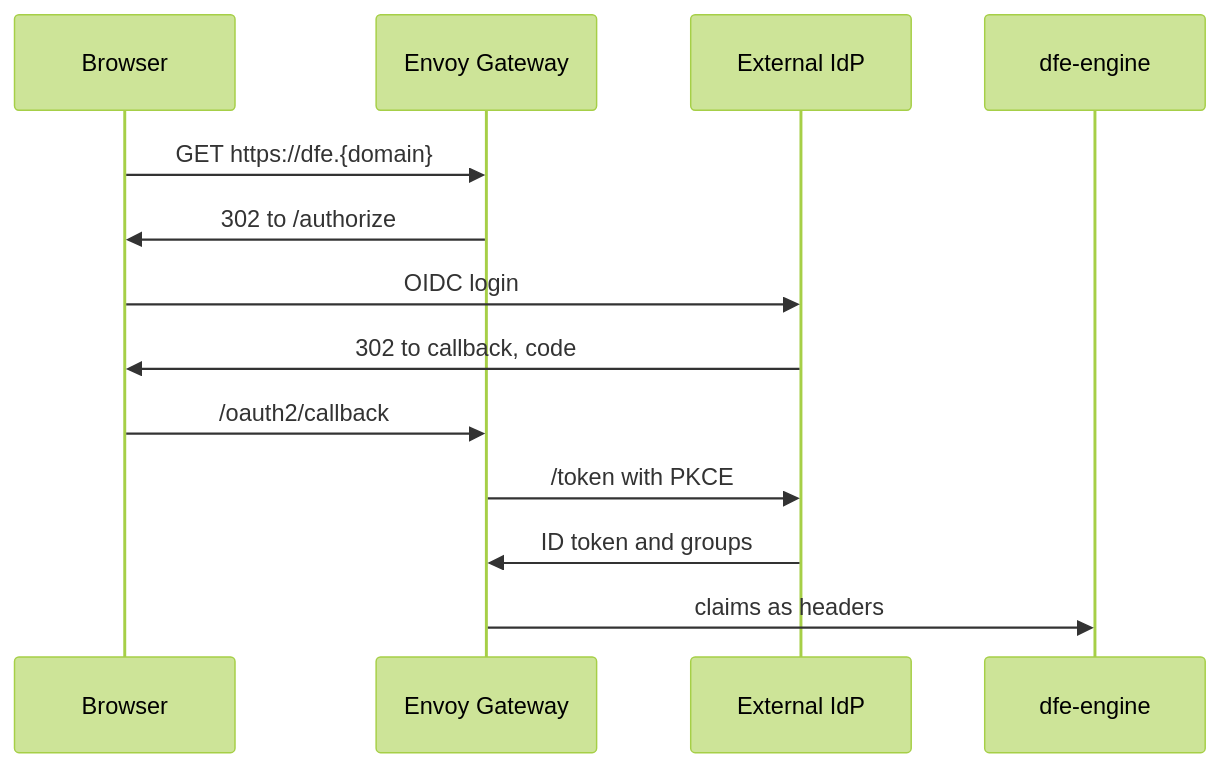
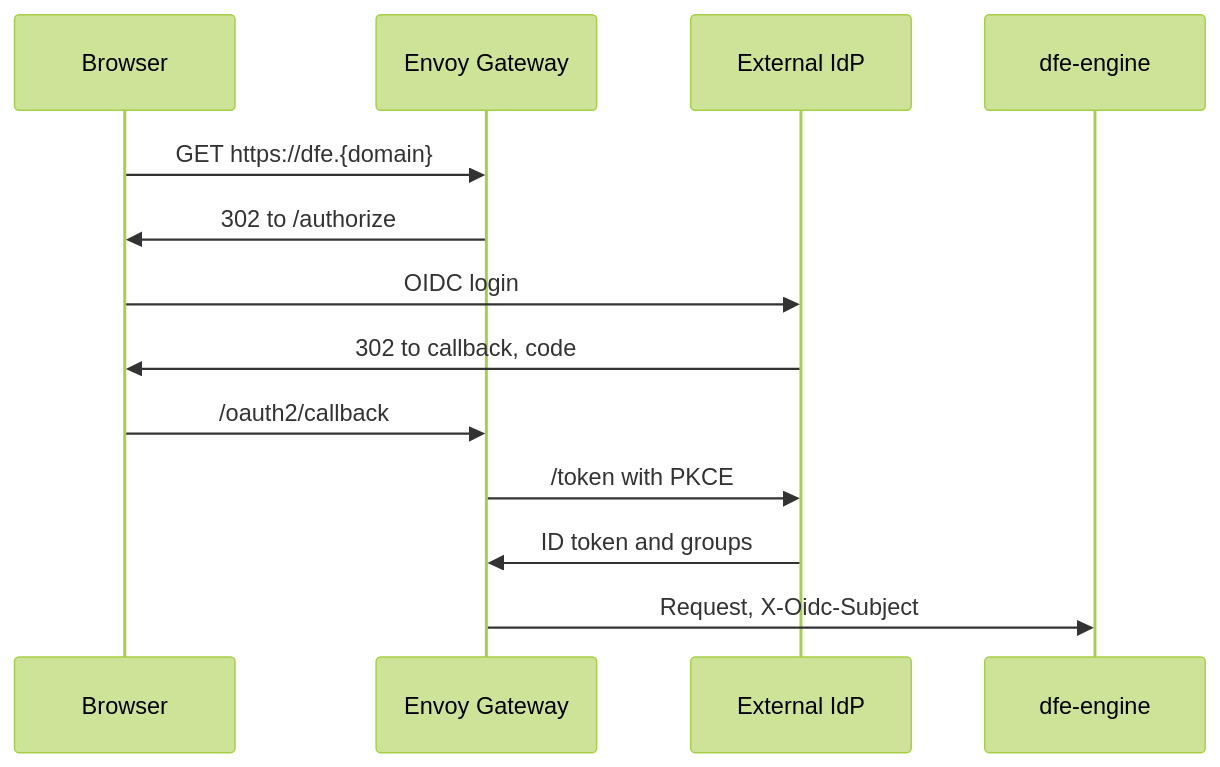
Before and after one commit to hyperi-io/dfe-infra: the second of 2 diagrams in docs/edge-auth.md, drawn with Mermaid (forest theme). The commit also changed other lines of this file, not shown here.

Commit message:
docs(edge-auth): show what federated login forwards
Envoy checks the groups claim at the edge. It forwards X-Oidc-Subject alone because claimToHeaders cannot take array claims. jwtAuthn is off by default. Figure 2 and the paragraph under it said the groups reached dfe-engine.

````diff
--- a/docs/edge-auth.md
+++ b/docs/edge-auth.md
@@ -79,17 +79,17 @@
 ```mermaid
 sequenceDiagram
     accTitle: L4 Detail -- Federated login
-    accDescr: Envoy sends a browser with no session to the external IdP, exchanges the returned code for an ID token, and forwards the claims to dfe-engine.
+    accDescr: Envoy sends a browser with no session to the external IdP, exchanges the returned code for an ID token, checks its groups, and forwards the request to dfe-engine with the subject header alone.
     participant browser as Browser
     participant envoy as Envoy Gateway
     participant idp as External IdP
     participant engine as dfe-engine
     browser->>envoy: GET https://dfe.{domain}
     envoy->>browser: 302 to /authorize
     browser->>idp: OIDC login
     idp->>browser: 302 to callback, code
     browser->>envoy: /oauth2/callback
     envoy->>idp: /token with PKCE
     idp->>envoy: ID token and groups
-    envoy->>engine: claims as headers
+    envoy->>engine: Request, X-Oidc-Subject
 ```
````
